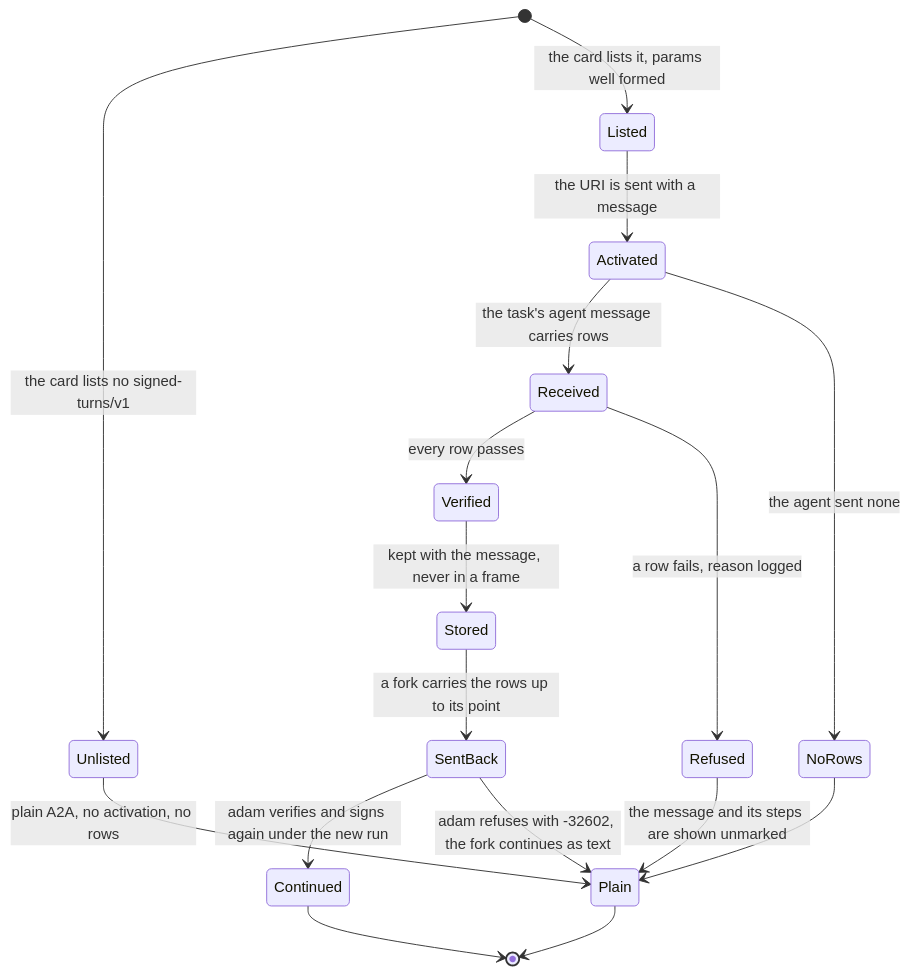
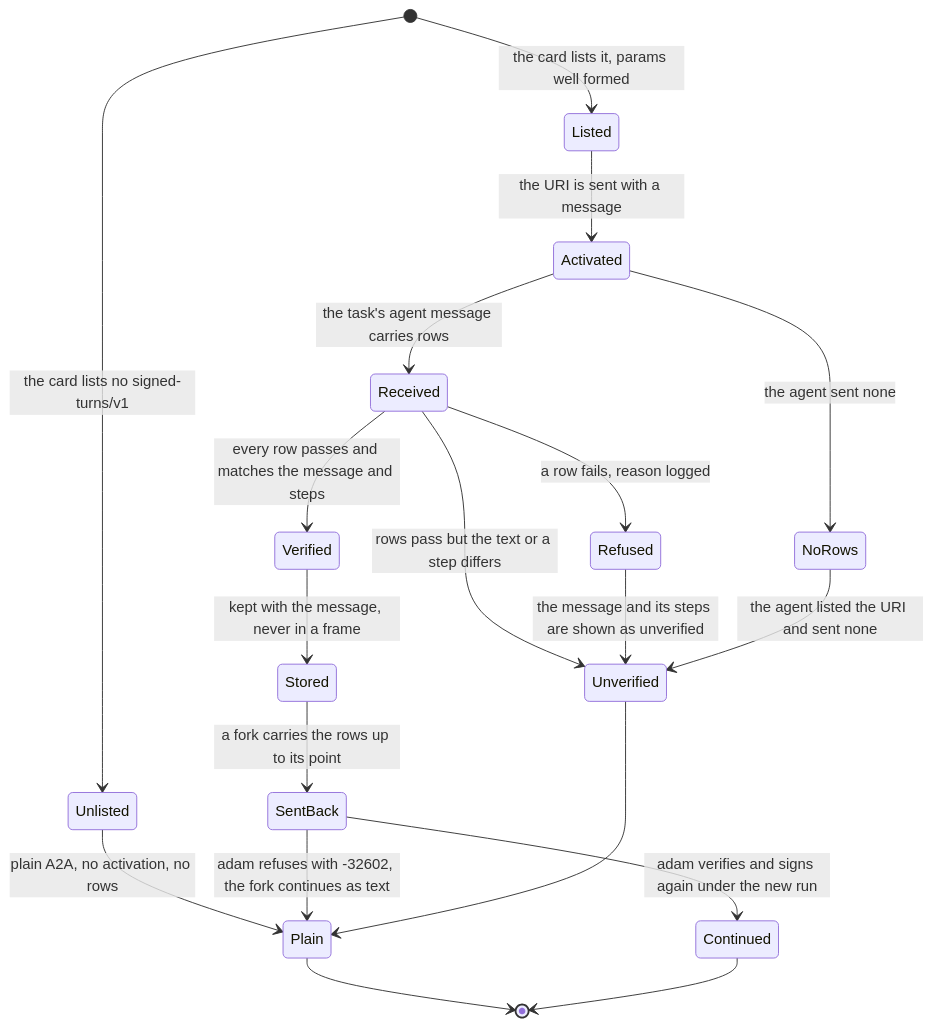
One commit to vymalo/another-agentic-system changed the second of 2 diagrams in docs/api/signed-turns-v1.md. Above: the diagram before and after it, drawn with Mermaid. The commit also changed other lines of this file and 4 other files, not shown here.

First line of the commit message:
docs(api): signed-turns/v1 binds rows to the task and marks unverified content (ADR 0111)

````diff
--- a/docs/api/signed-turns-v1.md
+++ b/docs/api/signed-turns-v1.md
@@ -46,19 +48,21 @@
 ```mermaid
 stateDiagram-v2
   [*] --> Unlisted: the card lists no signed-turns/v1
   [*] --> Listed: the card lists it, params well formed
   Unlisted --> Plain: plain A2A, no activation, no rows
   Listed --> Activated: the URI is sent with a message
   Activated --> Received: the task's agent message carries rows
   Activated --> NoRows: the agent sent none
-  Received --> Verified: every row passes
+  Received --> Verified: every row passes and matches the message and steps
+  Received --> Unverified: rows pass but the text or a step differs
   Received --> Refused: a row fails, reason logged
   Verified --> Stored: kept with the message, never in a frame
   Stored --> SentBack: a fork carries the rows up to its point
   SentBack --> Continued: adam verifies and signs again under the new run
   SentBack --> Plain: adam refuses with -32602, the fork continues as text
-  Refused --> Plain: the message and its steps are shown unmarked
-  NoRows --> Plain
+  Refused --> Unverified: the message and its steps are shown as unverified
+  Unverified --> Plain
+  NoRows --> Unverified: the agent listed the URI and sent none
   Plain --> [*]
   Continued --> [*]
 ```
````
